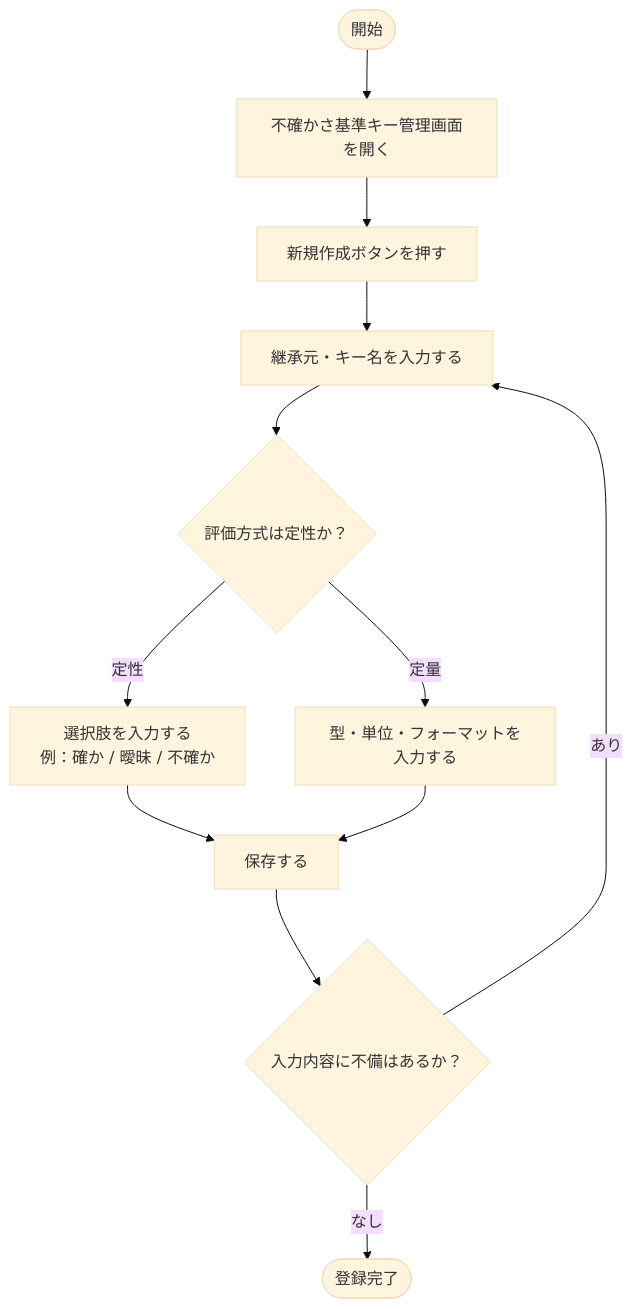
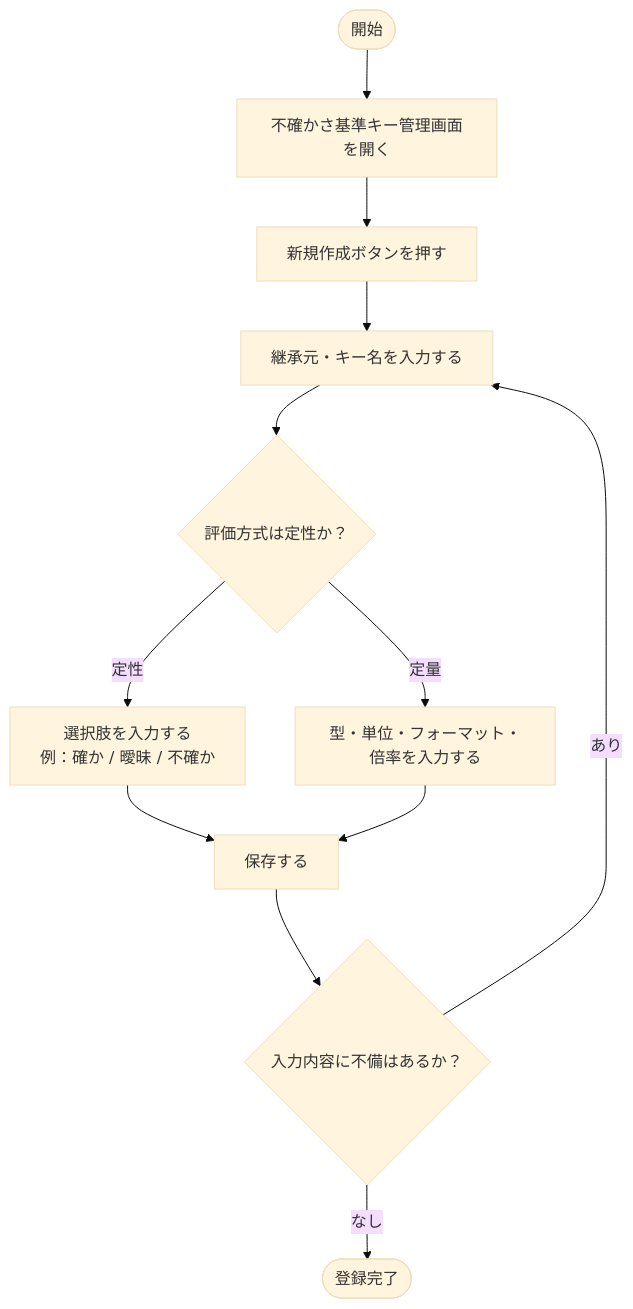
Before and after one commit to HisashiShimada/AlcheMia_Prod_PH2: the first of 12 diagrams in docs/requirement/phase2/03_Uncertainty/04_Business_Flow.md, drawn with Mermaid (base theme). The commit also changed other lines of this file and 8 other files, not shown here.

````diff
--- a/docs/requirement/phase2/03_Uncertainty/04_Business_Flow.md
+++ b/docs/requirement/phase2/03_Uncertainty/04_Business_Flow.md
@@ -32,14 +32,14 @@
 ```mermaid
 flowchart TD
   Start([開始]) --> A[不確かさ基準キー管理画面を開く]
   A --> B[新規作成ボタンを押す]
   B --> C[継承元・キー名を入力する]
   C --> D{評価方式は定性か？}
   D -- 定性 --> E[選択肢を入力する\n例：確か / 曖昧 / 不確か]
   E --> F[保存する]
-  D -- 定量 --> E2[型・単位・フォーマットを入力する]
+  D -- 定量 --> E2[型・単位・フォーマット・倍率を入力する]
   E2 --> F
   F --> G{入力内容に不備はあるか？}
   G -- あり --> C
   G -- なし --> End([登録完了])
 ```
````
